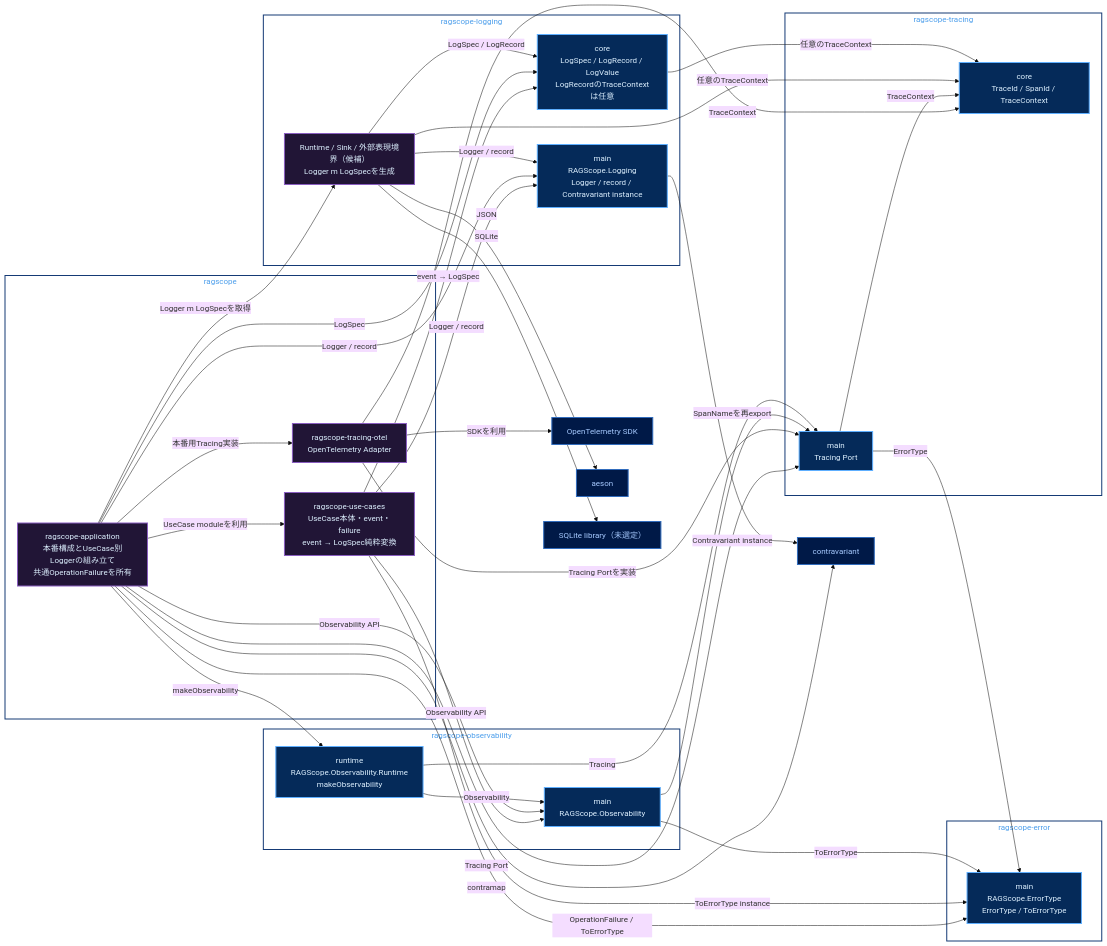
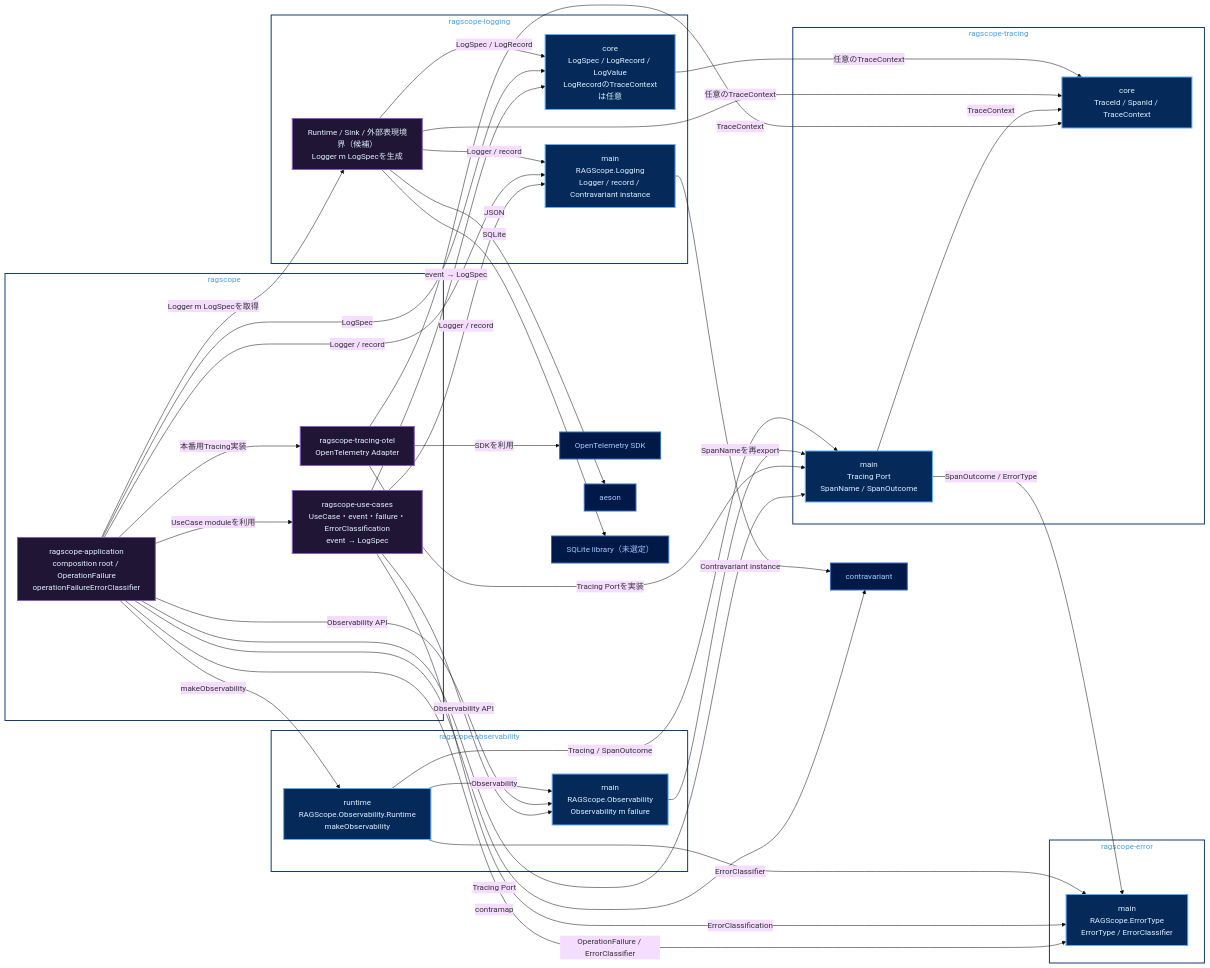
The diagram in Notes/RAGScope/RAGScopeアプリケーション/実行追跡・構造化ログ静的依存図.md (takashit16833/Workbench), drawn with Mermaid (base theme) before and after one commit. The commit also changed other lines of this file and 5 other files, not shown here.

Commit message:
docs: sync RS-0022 error classification design

````diff
--- a/Notes/RAGScope/RAGScopeアプリケーション/実行追跡・構造化ログ静的依存図.md
+++ b/Notes/RAGScope/RAGScopeアプリケーション/実行追跡・構造化ログ静的依存図.md
@@ -25,71 +23,71 @@
 ```mermaid
 flowchart LR
     subgraph pkg_ragscope["ragscope"]
-        usecases["ragscope-use-cases<br/>UseCase本体・event・failure<br/>event → LogSpec純粋変換"]
-        application["ragscope-application<br/>本番構成とUseCase別Loggerの組み立て<br/>共通OperationFailureを所有"]
+        usecases["ragscope-use-cases<br/>UseCase・event・failure・ErrorClassification<br/>event → LogSpec"]
+        application["ragscope-application<br/>composition root / OperationFailure<br/>operationFailureErrorClassifier"]
         tracing_otel["ragscope-tracing-otel<br/>OpenTelemetry Adapter"]
     end
     subgraph pkg_error["ragscope-error"]
-        error_main["main<br/>RAGScope.ErrorType<br/>ErrorType / ToErrorType"]
+        error_main["main<br/>RAGScope.ErrorType<br/>ErrorType / ErrorClassifier"]
     end
     subgraph pkg_obs["ragscope-observability"]
-        obs_main["main<br/>RAGScope.Observability"]
+        obs_main["main<br/>RAGScope.Observability<br/>Observability m failure"]
         obs_runtime["runtime<br/>RAGScope.Observability.Runtime<br/>makeObservability"]
     end
     subgraph pkg_tracing["ragscope-tracing"]
-        trace_main["main<br/>Tracing Port"]
+        trace_main["main<br/>Tracing Port<br/>SpanName / SpanOutcome"]
         trace_core["core<br/>TraceId / SpanId / TraceContext"]
     end
     subgraph pkg_logging["ragscope-logging"]
         log_core["core<br/>LogSpec / LogRecord / LogValue<br/>LogRecordのTraceContextは任意"]
         log_main["main<br/>RAGScope.Logging<br/>Logger / record / Contravariant instance"]
         log_internal["Runtime / Sink / 外部表現境界（候補）<br/>Logger m LogSpecを生成"]
     end
     contravariant["contravariant"]
     otel_sdk["OpenTelemetry SDK"]
     aeson["aeson"]
     sqlite_lib["SQLite library（未選定）"]
 
     application -->|UseCase moduleを利用| usecases
-    application -->|OperationFailure / ToErrorType| error_main
+    application -->|OperationFailure / ErrorClassifier| error_main
     usecases -->|Observability API| obs_main
-    usecases -->|ToErrorType instance| error_main
+    usecases -->|ErrorClassification| error_main
     usecases -->|Logger / record| log_main
     usecases -->|event → LogSpec| log_core
     application -->|Observability API| obs_main
     application -->|makeObservability| obs_runtime
     application -->|Logger / record| log_main
     application -->|LogSpec| log_core
     application -->|Logger m LogSpecを取得| log_internal
     application -->|contramap| contravariant
     application -->|Tracing Port| trace_main
     application -->|本番用Tracing実装| tracing_otel
     tracing_otel -->|Tracing Portを実装| trace_main
     tracing_otel -->|TraceContext| trace_core
     tracing_otel -->|SDKを利用| otel_sdk
-    obs_main -->|ToErrorType| error_main
     obs_main -->|SpanNameを再export| trace_main
     obs_runtime -->|Observability| obs_main
-    obs_runtime -->|Tracing| trace_main
+    obs_runtime -->|Tracing / SpanOutcome| trace_main
+    obs_runtime -->|ErrorClassifier| error_main
     trace_main -->|TraceContext| trace_core
-    trace_main -->|ErrorType| error_main
+    trace_main -->|SpanOutcome / ErrorType| error_main
     log_main -->|Contravariant instance| contravariant
     log_internal -->|Logger / record| log_main
     log_internal -->|LogSpec / LogRecord| log_core
     log_internal -->|任意のTraceContext| trace_core
     log_internal -->|JSON| aeson
     log_internal -->|SQLite| sqlite_lib
     log_core -->|任意のTraceContext| trace_core
 
     classDef public fill:#052A59,stroke:#5EAFFF,color:#DDF0FF,stroke-width:2px
     classDef private fill:#211536,stroke:#8A5EC0,color:#DDF0FF,stroke-width:2px
     classDef external fill:#001947,stroke:#316CBD,color:#A6CAFF,stroke-width:2px
     class error_main,obs_main,obs_runtime,trace_main,trace_core,log_core,log_main public
     class usecases,application,tracing_otel,log_internal private
     class contravariant,otel_sdk,aeson,sqlite_lib external
     style pkg_ragscope fill:transparent,stroke:#153A75,color:#4C9EEB,stroke-width:2px
     style pkg_error fill:transparent,stroke:#153A75,color:#4C9EEB,stroke-width:2px
     style pkg_obs fill:transparent,stroke:#153A75,color:#4C9EEB,stroke-width:2px
     style pkg_tracing fill:transparent,stroke:#153A75,color:#4C9EEB,stroke-width:2px
     style pkg_logging fill:transparent,stroke:#153A75,color:#4C9EEB,stroke-width:2px
 ```
````
